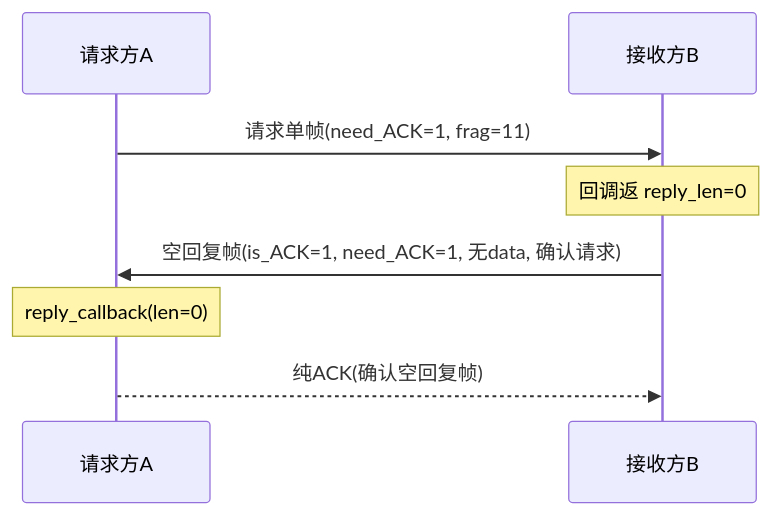
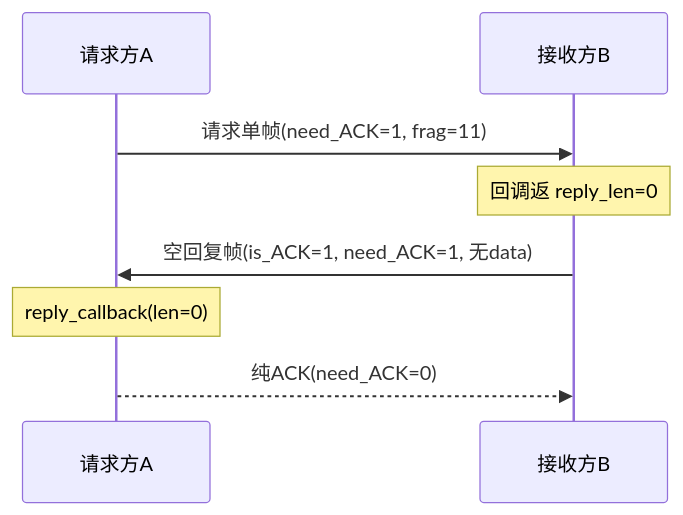
One commit to Siaiai/ObsidianNote changed the first of 13 diagrams in 工作/项目/代码/260401S3分拣面板-SIA-R9000P.md. Above: the diagram before and after it, drawn with Mermaid. The commit also changed other lines of this file, not shown here.

````diff
--- a/工作/项目/代码/260401S3分拣面板-SIA-R9000P.md
+++ b/工作/项目/代码/260401S3分拣面板-SIA-R9000P.md
@@ -71,10 +107,10 @@
 ```mermaid
 sequenceDiagram
     participant A as 请求方A
     participant B as 接收方B
     A->>B: 请求单帧(need_ACK=1, frag=11)
     Note over B: 回调返 reply_len=0
-    B->>A: 空回复帧(is_ACK=1, need_ACK=1, 无data, 确认请求)
+    B->>A: 空回复帧(is_ACK=1, need_ACK=1, 无data)
     Note over A: reply_callback(len=0)
-    A-->>B: 纯ACK(确认空回复帧)
+    A-->>B: 纯ACK(need_ACK=0)
 ```
````
